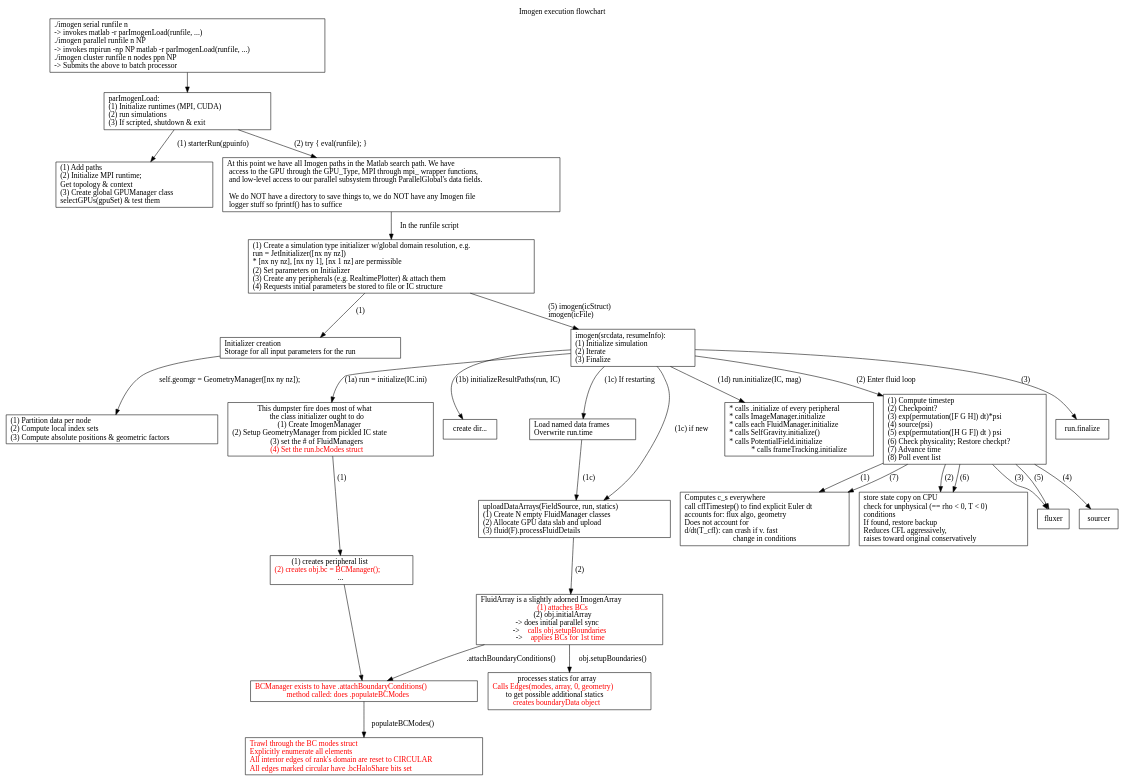
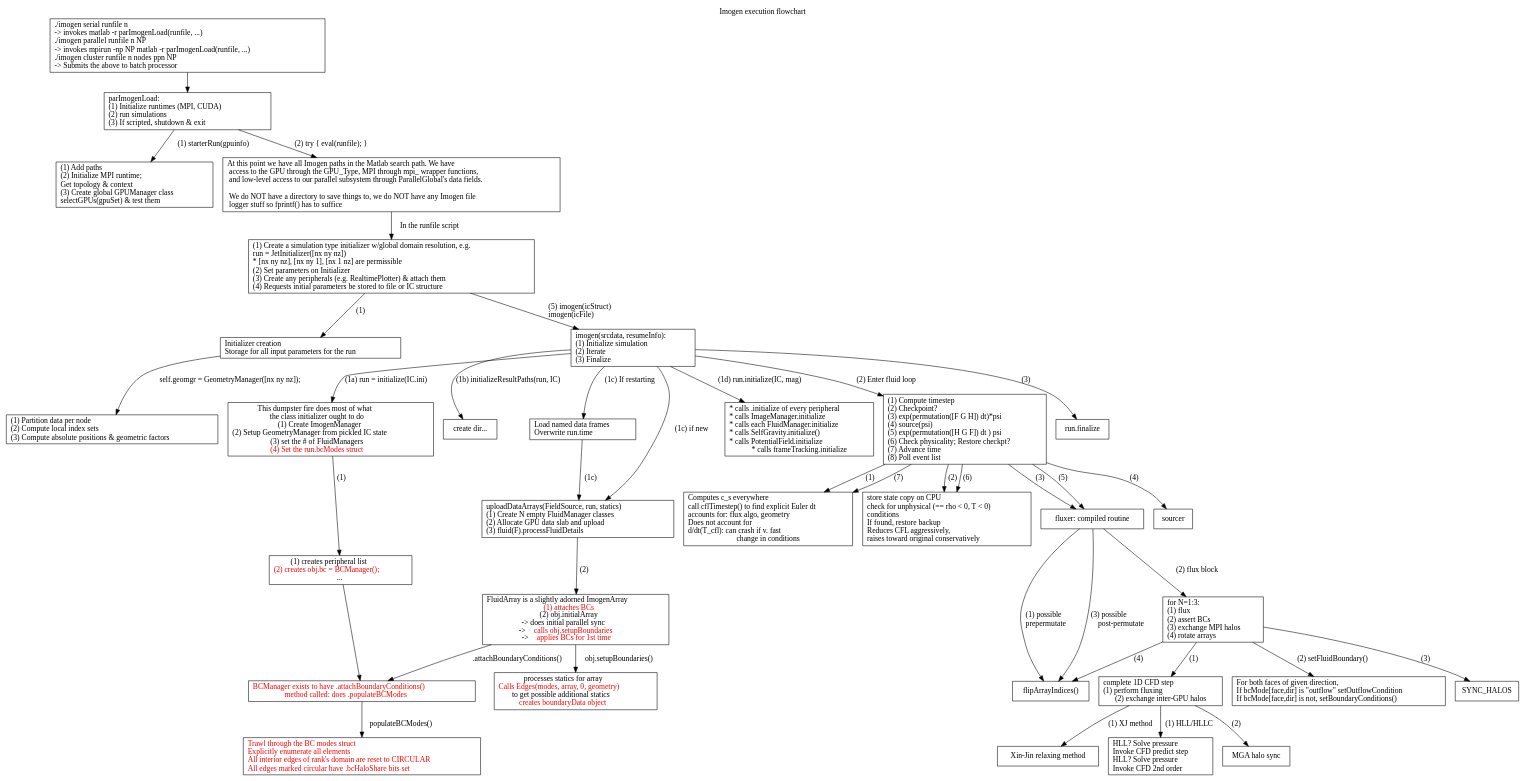
Before and after one commit to imogenproject/gpuImogen: the diagram in doc/flowchart.dot, drawn with Graphviz. The commit also changed 1 other file, not shown here.

Commit message:
Update flowchart

```diff
--- a/doc/flowchart.dot
+++ b/doc/flowchart.dot
@@ -1,109 +1,141 @@
 digraph execflow {
 
 // title
 labelloc="t";
 label="Imogen execution flowchart"
 
 node[shape=box labeljust="l"]
 
 START [label="./imogen serial runfile n\l	-> invokes matlab -r parImogenLoad(runfile, ...)\l./imogen parallel runfile n NP\l	-> invokes mpirun -np NP matlab -r parImogenLoad(runfile, ...)\l./imogen cluster runfile n nodes ppn NP\l	-> Submits the above to batch processor\l"];
 
 START -> PARIMOGENLOAD
 
 PARIMOGENLOAD[label="parImogenLoad:\l	(1) Initialize runtimes (MPI, CUDA)\l	(2) run simulations\l	(3) If scripted, shutdown & exit\l"];
 
 PARIMOGENLOAD -> STARTRUN [label=" (1) starterRun(gpuinfo)"];
 PARIMOGENLOAD -> EVALBOX [label=" (2) try { eval(runfile); }"];
 
 
 STARTRUN [label="(1) Add paths\l(2) Initialize MPI runtime;\l	Get topology & context\l(3) Create global GPUManager class\l	selectGPUs(gpuSet) & test them\l"];
 
 EVALBOX [label="At this point we have all Imogen paths in the Matlab search path. We have\l  access to the GPU through the GPU_Type, MPI through mpi_ wrapper functions,\l  and low-level access to our parallel subsystem through ParallelGlobal's data fields.\l\l  We do NOT have a directory to save things to, we do NOT have any Imogen file\l  logger stuff so fprintf() has to suffice\l"];
 
 EVALBOX -> THERUNFILE [label="In the runfile script"];
 
 THERUNFILE [label="(1) Create a simulation type initializer w/global domain resolution, e.g.\l	run = JetInitializer([nx ny nz])\l	* [nx ny nz], [nx ny 1], [nx 1 nz] are permissible\l(2) Set parameters on Initializer\l(3) Create any peripherals (e.g. RealtimePlotter) & attach them\l(4) Requests initial parameters be stored to file or IC structure\l"];
 
 THERUNFILE -> INITIALIZER [label=" (1)"];
 
 INITIALIZER [label="Initializer creation\lStorage for all input parameters for the run\l"];
 
 INITIALIZER -> GEOMGR [label="self.geomgr = GeometryManager([nx ny nz]);"];
 
 GEOMGR [label="(1) Partition data per node\l(2) Compute local index sets\l(3) Compute absolute positions & geometric factors\l"];
 
 THERUNFILE -> IMOGENCALL [label=" (5) imogen(icStruct)\limogen(icFile)\l"];
 
 IMOGENCALL [label="imogen(srcdata, resumeInfo):\l	(1) Initialize simulation\l	(2) Iterate\l	(3) Finalize\l"];
 
 IMOGENCALL -> RUNINIT [label=" (1a) run = initialize(IC.ini)\l"];
 IMOGENCALL -> RESULTPATHS [label=" (1b) initializeResultPaths(run, IC)\l"];
 
 RUNINIT [label=<This dumpster fire does most of what<br/>the class initializer ought to do<br/>	(1) Create ImogenManager<br/>	(2) Setup GeometryManager from pickled IC state<br/>	(3) set the # of FluidManagers<br/>	<font color="red">(4) Set the run.bcModes struct</font>>];
 
 RESULTPATHS [label="create dir..."];
 
 RUNINIT -> IMOGENMANAGER [label=" (1)"];
 
 IMOGENMANAGER [label=<(1) creates peripheral list<br/><font color="red">(2) creates obj.bc = BCManager();</font><br/>...>];
 
 IMOGENMANAGER -> BCMANAGER;
 
 BCMANAGER [label=<<font color="red">BCManager exists to have .attachBoundaryConditions()<br/>method called: does .populateBCModes</font>>];
 
 BCMANAGER -> POPMODES [label="populateBCModes()"];
 
 POPMODES [fontcolor="red" label="Trawl through the BC modes struct\lExplicitly enumerate all elements\lAll interior edges of rank's domain are reset to CIRCULAR\lAll edges marked circular have .bcHaloShare bits set\l"];
 
 RELOADPATH [label="Load named data frames\lOverwrite run.time\l"];
 
 IMOGENCALL -> RELOADPATH [label=" (1c) If restarting"];
 
 RELOADPATH -> UPLOADARRAYS [label=" (1c) "];
 IMOGENCALL -> UPLOADARRAYS [label=" (1c) if new"];
 
 UPLOADARRAYS [label="uploadDataArrays(FieldSource, run, statics)\l	(1) Create N empty FluidManager classes\l	(2) Allocate GPU data slab and upload\l	(3) fluid(F).processFluidDetails\l"];
 
 UPLOADARRAYS -> FLUIDARRAYCLASS [label=" (2)"];
 
 FLUIDARRAYCLASS [label=<FluidArray is a slightly adorned ImogenArray<br/>	<font color="red">(1) attaches BCs</font><br/>	(2) obj.initialArray<br/>  -&gt; does initial parallel sync<br/>  -&gt; <font color="red">calls obj.setupBoundaries</font><br/>  -&gt; <font color="red">applies BCs for 1st time</font>>];
 
 FLUIDARRAYCLASS -> BCMANAGER [label=".attachBoundaryConditions()"];
 
 FLUIDARRAYCLASS -> SETUPBOUNDARIES [label="obj.setupBoundaries()"];
 
 SETUPBOUNDARIES [label=<processes statics for array<br/><font color="red">Calls Edges(modes, array, 0, geometry)</font><br/>to get possible additional statics<br/><font color="red">creates boundaryData object</font>>];
 
 IMOGENCALL -> DOINIT [label=" (1d) run.initialize(IC, mag)"];
 
 DOINIT [label="* calls .initialize of every peripheral\l* calls ImageManager.initialize\l* calls each FluidManager.initialize\l* calls SelfGravity.initialize()\l* calls PotentialField.initialize\l* calls frameTracking.initialize"];
 
-
-
 IMOGENCALL -> FLUIDLOOP [label=" (2) Enter fluid loop"];
 FLUIDLOOP [label="(1) Compute timestep\l(2) Checkpoint?\l(3) exp(permutation([F G H]) dt)*psi\l(4) source(psi)\l(5) exp(permutation([H G F]) dt ) psi\l(6) Check physicality; Restore checkpt?\l(7) Advance time\l(8) Poll event list\l"];
 
 FLUIDLOOP -> TIMESTEP [label=" (1)"];
 TIMESTEP [label="Computes c_s everywhere\lcall cflTimestep() to find explicit Euler dt\laccounts for: flux algo, geometry\lDoes not account for\ld/dt(T_cfl): can crash if v. fast\lchange in conditions"];
 
 FLUIDLOOP -> CHECKPOINTER [label=" (2)"];
 CHECKPOINTER [label="store state copy on CPU\lcheck for unphysical (== rho < 0, T < 0)\lconditions\lIf found, restore backup\lReduces CFL aggressively,\lraises toward original conservatively\l"];
 
 FLUIDLOOP -> FLUXER [label=" (3)"];
-FLUXER [label="fluxer"]
+
+FLUXER [label="fluxer: compiled routine"]
+
+FLUXER -> ARRAY_ROTATER [label=" (1) possible\lprepermutate\l"];
+
+FLUXER -> FLUXBLOCK [label=" (2) flux block"];
+
+FLUXBLOCK [label="for N=1:3:\l(1) flux\l(2) assert BCs\l(3) exchange MPI halos\l(4) rotate arrays\l"];
+
+FLUXBLOCK -> FLUX1D [label=" (1)"];
+FLUXBLOCK -> SET_BCS [label=" (2) setFluidBoundary()"];
+FLUXBLOCK -> SYNC_HALOS [label=" (3)"];
+FLUXBLOCK -> ARRAY_ROTATER [label=" (4)"];
+
+FLUXER -> ARRAY_ROTATER [label=" (3) possible\lpost-permutate\n"];
+
+
+ARRAY_ROTATER [label="flipArrayIndices()"];
+FLUX1D [label="complete 1D CFD step\l(1) perform fluxing\l(2) exchange inter-GPU halos"];
+
+SET_BCS [label="For both faces of given direction,\lIf bcMode[face,dir] is \"outflow\" setOutflowCondition\lIf bcMode[face,dir] is not, setBoundaryConditions()\l"];
+
+FLUX1D -> XINJIN [label=" (1) XJ method"];
+FLUX1D -> GODUNOV [label=" (1) HLL/HLLC"];
+
+XINJIN [label="Xin-Jin relaxing method"];
+GODUNOV [label="HLL? Solve pressure\lInvoke CFD predict step\lHLL? Solve pressure\lInvoke CFD 2nd order\l"];
+
+FLUX1D -> MGAHALOSYNC [label=" (2)"];
+
+MGAHALOSYNC [label="MGA halo sync"];
+
+
+
+
 
 FLUIDLOOP -> SOURCE [label=" (4)"];
 SOURCE [label="sourcer"]
 
 FLUIDLOOP -> FLUXER [label=" (5)"];
 
 FLUIDLOOP -> CHECKPOINTER [label=" (6)"];
 
 FLUIDLOOP -> TIMESTEP [label=" (7)"];
 
 
 IMOGENCALL -> RUNFINAL [label=" (3)"];
 
 RUNFINAL [label="run.finalize"];
 
 }
```
